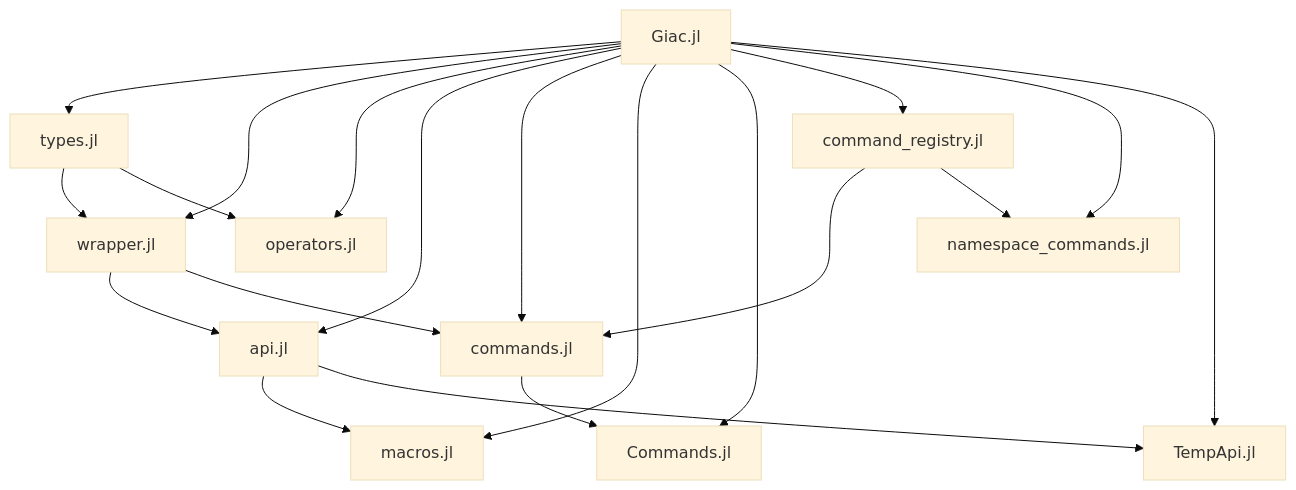
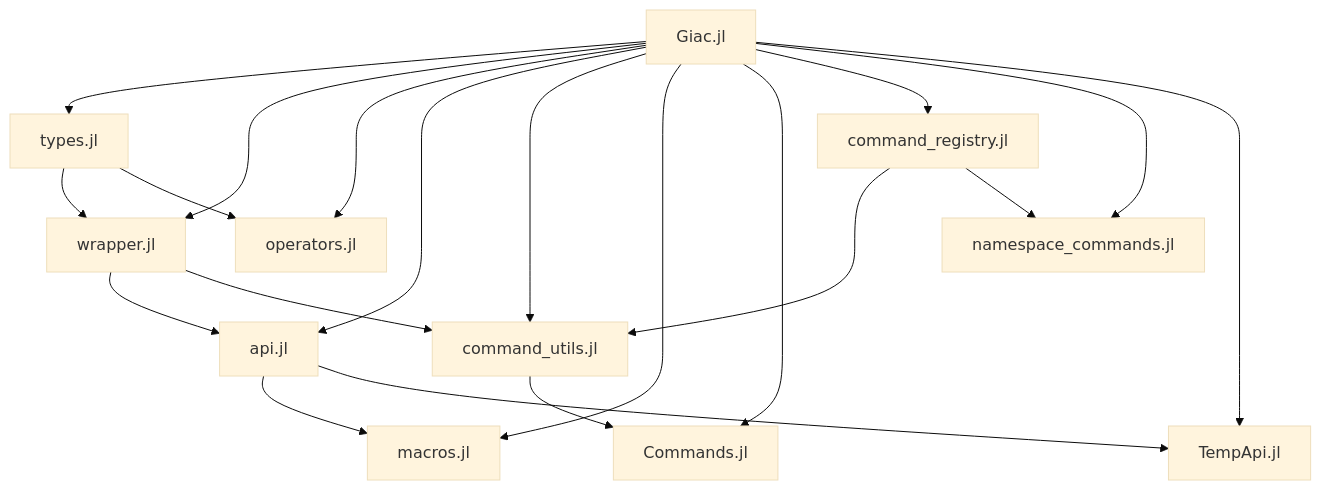
Before and after one commit to s-celles/Giac.jl: the fifth of 5 diagrams in docs/src/developer/architecture.md, drawn with Mermaid (base theme). The commit also changed other lines of this file and 5 other files, not shown here.

First line of the commit message:
refactor: rename commands.jl to command_utils.jl for cross-platform compatibility

````diff
--- a/docs/src/developer/architecture.md
+++ b/docs/src/developer/architecture.md
@@ -199,23 +199,23 @@
 ```mermaid
 graph TD
     A[types.jl] --> B[wrapper.jl]
     A --> C[operators.jl]
     B --> D[api.jl]
-    B --> E[commands.jl]
+    B --> E[command_utils.jl]
     D --> F[macros.jl]
     E --> G[Commands.jl]
     H[command_registry.jl] --> E
     H --> I[namespace_commands.jl]
     D --> J[TempApi.jl]
 
     K[Giac.jl] --> A
     K --> B
     K --> C
     K --> D
     K --> E
     K --> F
     K --> G
     K --> H
     K --> I
     K --> J
 ```
````
